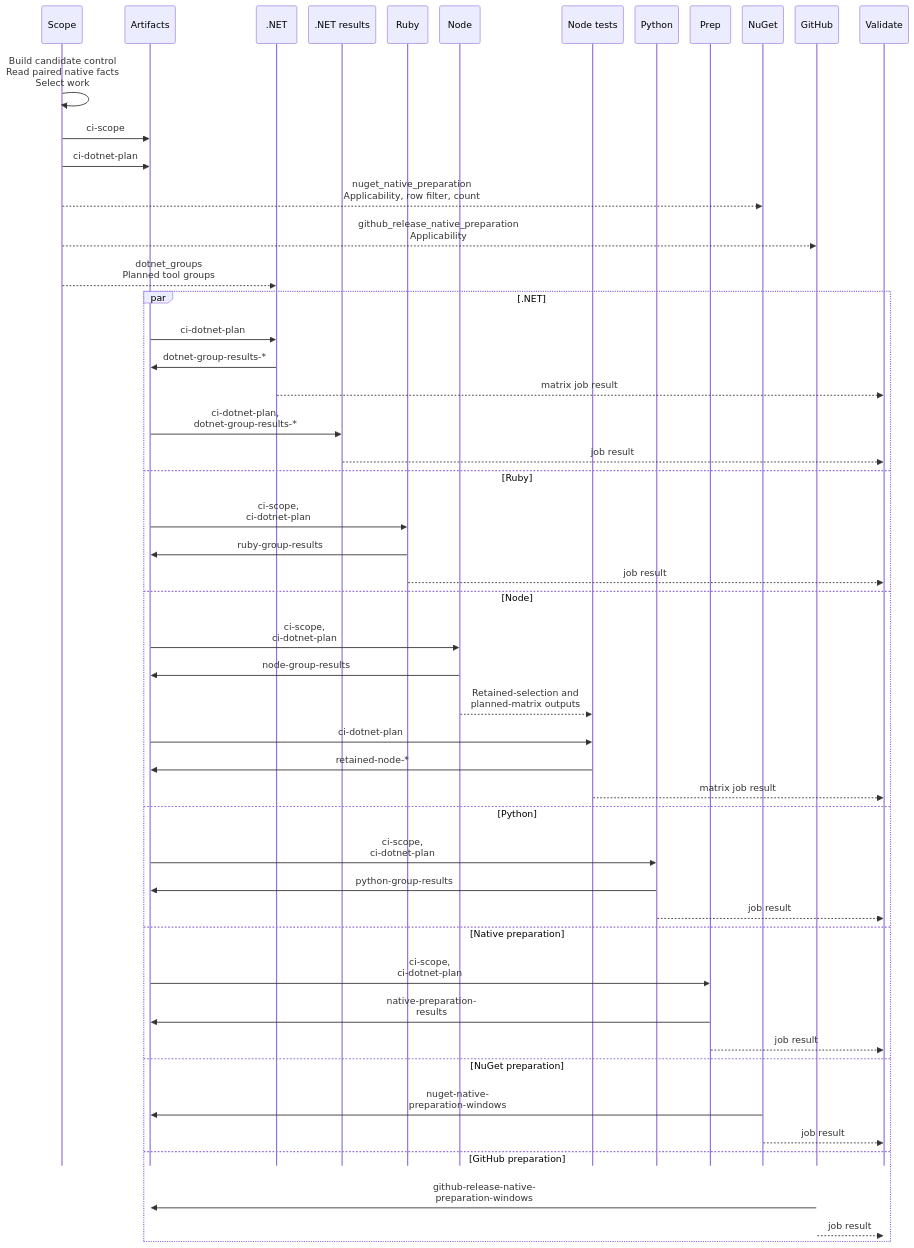
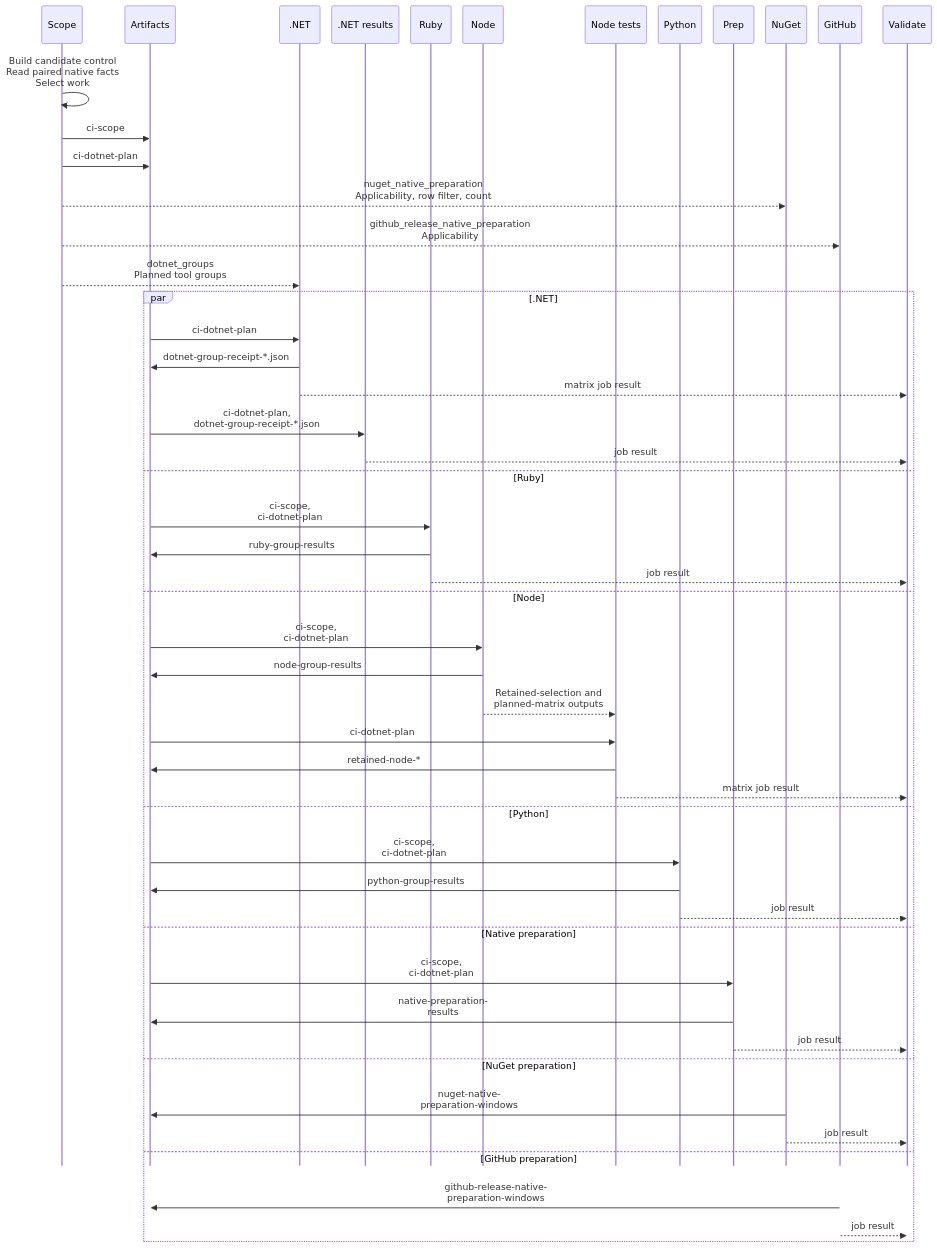
Before and after one commit to hcoona/three: the second of 2 diagrams in src/private/app/workflow-delivery/docs/design/ci.md, drawn with Mermaid. The commit also changed other lines of this file and 42 other files, not shown here.

````diff
--- a/src/private/app/workflow-delivery/docs/design/ci.md
+++ b/src/private/app/workflow-delivery/docs/design/ci.md
@@ -99,54 +99,54 @@
 ```mermaid
 %%{init: {"sequence": {"width": 70, "actorMargin": 20, "mirrorActors": false}}}%%
 sequenceDiagram
     participant Scope
     participant Store as Artifacts
     participant DotNet as .NET
     participant DotNetJoin as .NET results
     participant Ruby
     participant Node
     participant NodeTests as Node tests
     participant Python
     participant Prep
     participant NuGet
     participant Github as GitHub
     participant Validate
     Scope->>Scope: Build candidate control<br/>Read paired native facts<br/>Select work
     Scope->>Store: ci-scope
     Scope->>Store: ci-dotnet-plan
     Scope-->>NuGet: nuget_native_preparation<br/>Applicability, row filter, count
     Scope-->>Github: github_release_native_preparation<br/>Applicability
     Scope-->>DotNet: dotnet_groups<br/>Planned tool groups
     par .NET
         Store->>DotNet: ci-dotnet-plan
-        DotNet->>Store: dotnet-group-results-*
+        DotNet->>Store: dotnet-group-receipt-*.json
         DotNet-->>Validate: matrix job result
-        Store->>DotNetJoin: ci-dotnet-plan,<br/>dotnet-group-results-*
+        Store->>DotNetJoin: ci-dotnet-plan,<br/>dotnet-group-receipt-*.json
         DotNetJoin-->>Validate: job result
     and Ruby
         Store->>Ruby: ci-scope,<br/>ci-dotnet-plan
         Ruby->>Store: ruby-group-results
         Ruby-->>Validate: job result
     and Node
         Store->>Node: ci-scope,<br/>ci-dotnet-plan
         Node->>Store: node-group-results
         Node-->>NodeTests: Retained-selection and<br/>planned-matrix outputs
         Store->>NodeTests: ci-dotnet-plan
         NodeTests->>Store: retained-node-*
         NodeTests-->>Validate: matrix job result
     and Python
         Store->>Python: ci-scope,<br/>ci-dotnet-plan
         Python->>Store: python-group-results
         Python-->>Validate: job result
     and Native preparation
         Store->>Prep: ci-scope,<br/>ci-dotnet-plan
         Prep->>Store: native-preparation-<br/>results
         Prep-->>Validate: job result
     and NuGet preparation
         NuGet->>Store: nuget-native-<br/>preparation-windows
         NuGet-->>Validate: job result
     and GitHub preparation
         Github->>Store: github-release-native-<br/>preparation-windows
         Github-->>Validate: job result
     end
 ```
````
